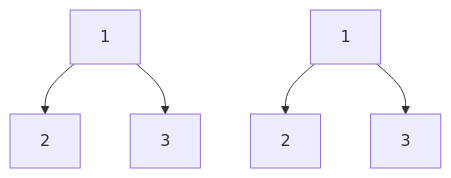
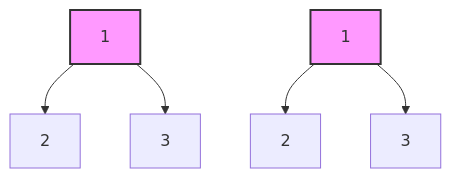
One commit to ClaudiuBogdan/musclecode-backend-main-service changed the first of 3 diagrams in src/modules/algorithm/seed/algorithms/binary-tree-compare/lessons/003_recursive_approach.md. Above: the diagram before and after it, drawn with Mermaid. The commit also changed other lines of this file and 90 other files, not shown here.

````diff
--- a/src/modules/algorithm/seed/algorithms/binary-tree-compare/lessons/003_recursive_approach.md
+++ b/src/modules/algorithm/seed/algorithms/binary-tree-compare/lessons/003_recursive_approach.md
@@ -58,8 +63,11 @@
 ```mermaid
 graph TD;
     A1[1] --> B1[2]
     A1 --> C1[3]
     
     A2[1] --> B2[2]
     A2 --> C2[3]
+    
+    style A1 fill:#f9f,stroke:#333,stroke-width:2px
+    style A2 fill:#f9f,stroke:#333,stroke-width:2px
 ```
````
